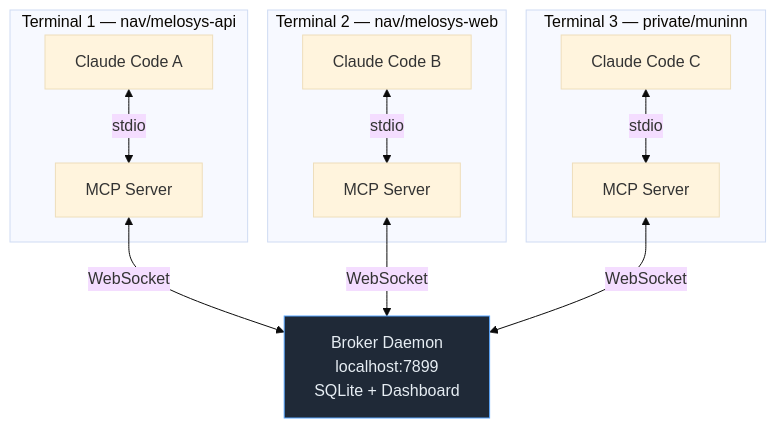
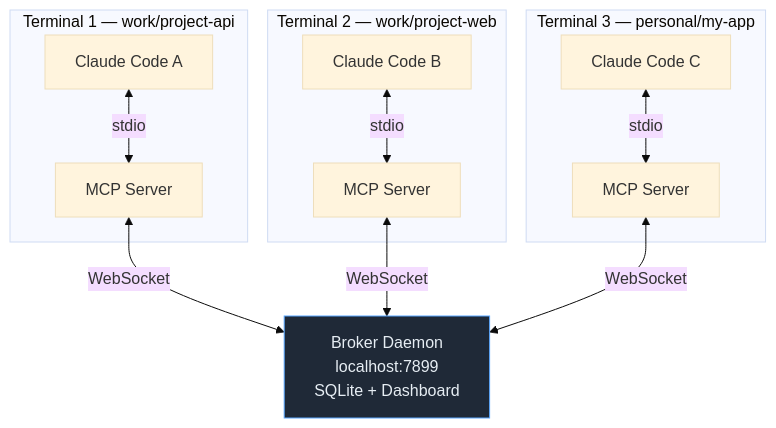
One commit to RuneLind/claude-hivemind changed the first of 3 diagrams in README.md. Above: the diagram before and after it, drawn with Mermaid (base theme). The commit also changed other lines of this file and 2 other files, not shown here.

````diff
--- a/README.md
+++ b/README.md
@@ -11,20 +11,20 @@
 ```mermaid
 graph TB
-    subgraph "Terminal 1 — nav/melosys-api"
+    subgraph "Terminal 1 — work/project-api"
         CA[Claude Code A] <-->|stdio| MCP_A[MCP Server]
     end
-    subgraph "Terminal 2 — nav/melosys-web"
+    subgraph "Terminal 2 — work/project-web"
         CB[Claude Code B] <-->|stdio| MCP_B[MCP Server]
     end
-    subgraph "Terminal 3 — private/muninn"
+    subgraph "Terminal 3 — personal/my-app"
         CC[Claude Code C] <-->|stdio| MCP_C[MCP Server]
     end
 
     MCP_A <-->|WebSocket| Broker
     MCP_B <-->|WebSocket| Broker
     MCP_C <-->|WebSocket| Broker
 
     Broker[Broker Daemon<br/>localhost:7899<br/>SQLite + Dashboard]
 
     style Broker fill:#1f2937,stroke:#58a6ff,color:#e6edf3
 ```
````
